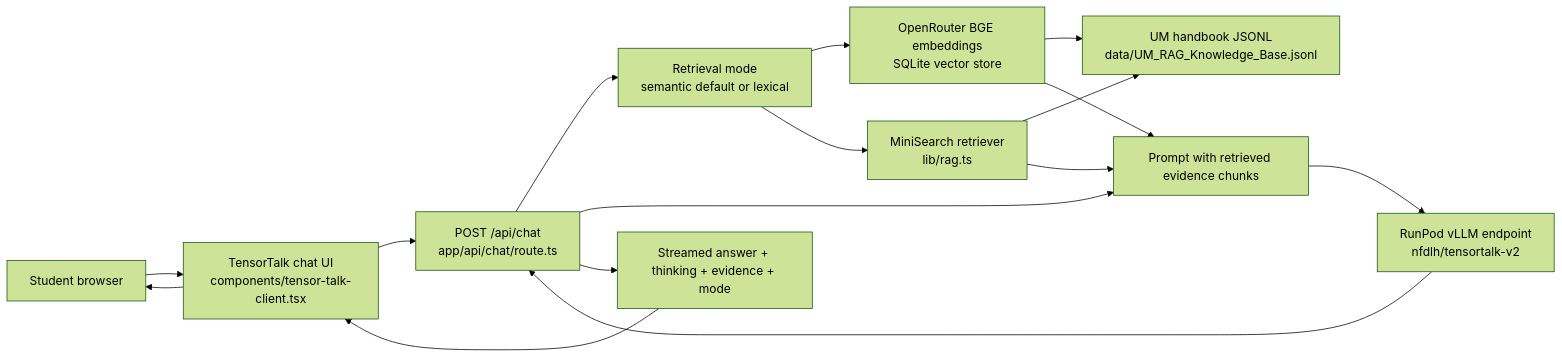
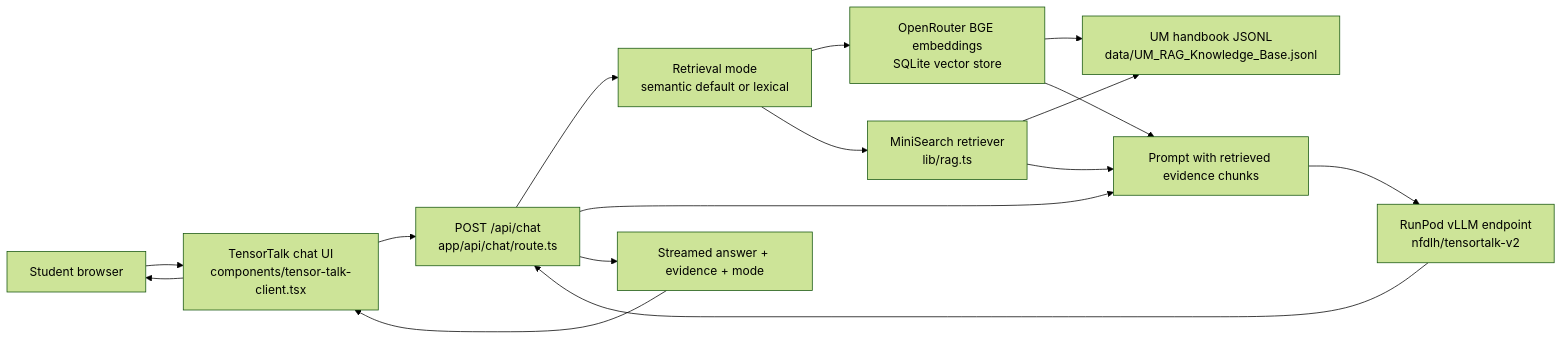
One commit to nfdlh/tensor-talk changed the diagram in README.md. Above: the diagram before and after it, drawn with Mermaid (forest theme). The commit also changed other lines of this file and 16 other files, not shown here.

````diff
--- a/README.md
+++ b/README.md
@@ -16,22 +16,22 @@
 ```mermaid
 flowchart LR
   User["Student browser"]
   UI["TensorTalk chat UI<br/>components/tensor-talk-client.tsx"]
   API["POST /api/chat<br/>app/api/chat/route.ts"]
   Mode["Retrieval mode<br/>semantic default or lexical"]
   Semantic["OpenRouter BGE embeddings<br/>SQLite vector store"]
   Lexical["MiniSearch retriever<br/>lib/rag.ts"]
   KB["UM handbook JSONL<br/>data/UM_RAG_Knowledge_Base.jsonl"]
   Prompt["Prompt with retrieved evidence chunks"]
   Model["RunPod vLLM endpoint<br/>nfdlh/tensortalk-v2"]
-  Response["Streamed answer + thinking + evidence + mode"]
+  Response["Streamed answer + evidence + mode"]
 
   User --> UI --> API
   API --> Mode
   Mode --> Semantic --> KB
   Mode --> Lexical --> KB
   Semantic --> Prompt
   Lexical --> Prompt
   API --> Prompt --> Model --> API
   API --> Response --> UI --> User
 ```
````
